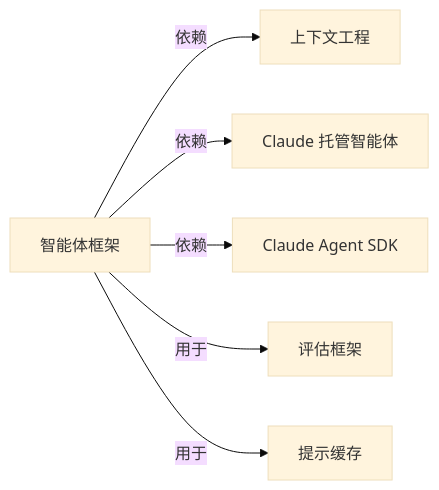
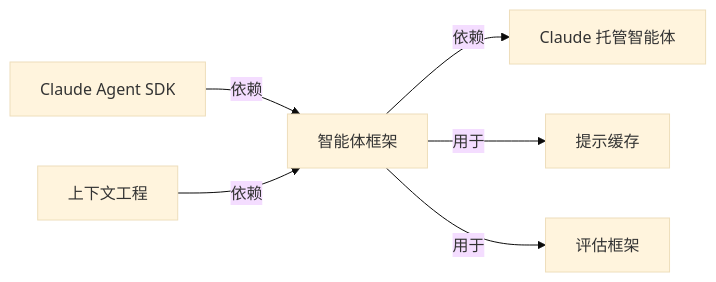
One commit to yibie/claude-best-practices-zh changed the diagram in wiki/智能体框架.md. Above: the diagram before and after it, drawn with Mermaid (base theme). The commit also changed other lines of this file and 407 other files, not shown here.

Commit message:
feat: DeepSeek 三遍审校（译文/关系/图谱）+ 可部署静态站点

````diff
--- a/wiki/智能体框架.md
+++ b/wiki/智能体框架.md
@@ -47,9 +48,9 @@
 ```mermaid
 graph LR
   C["智能体框架"]
-  C -->|依赖| N0["上下文工程"]
+  N0["Claude Agent SDK"] -->|依赖| C
   C -->|依赖| N1["Claude 托管智能体"]
-  C -->|依赖| N2["Claude Agent SDK"]
-  C -->|用于| N3["评估框架"]
-  C -->|用于| N4["提示缓存"]
+  N2["上下文工程"] -->|依赖| C
+  C -->|用于| N3["提示缓存"]
+  C -->|用于| N4["评估框架"]
 ```
````
